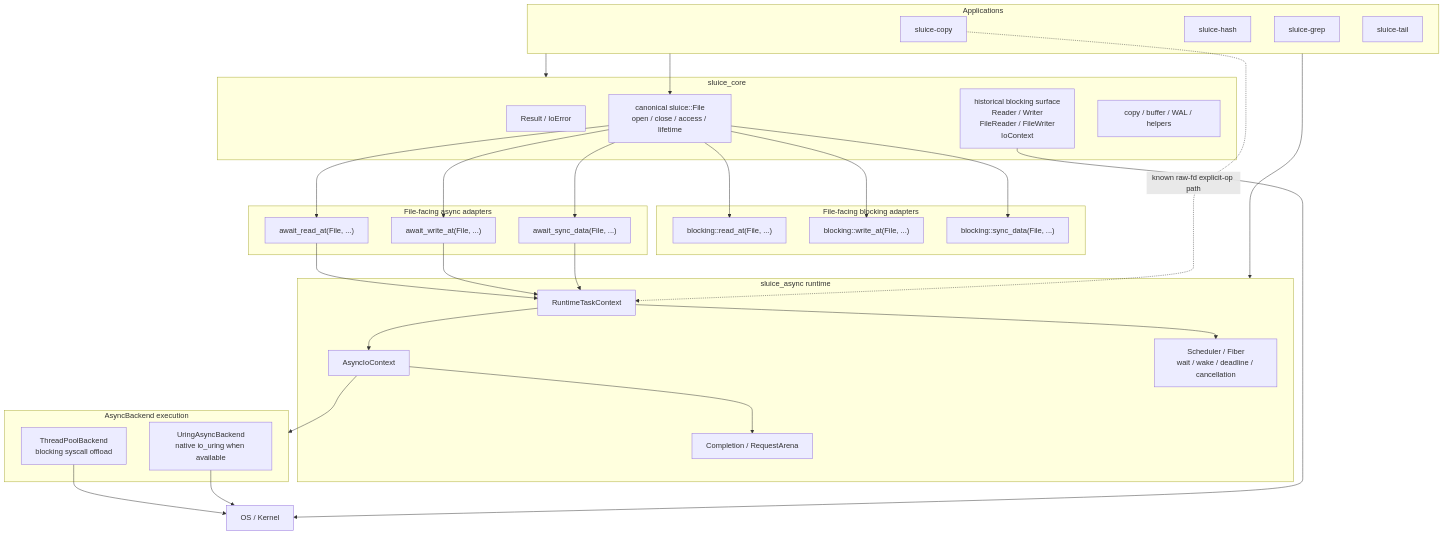
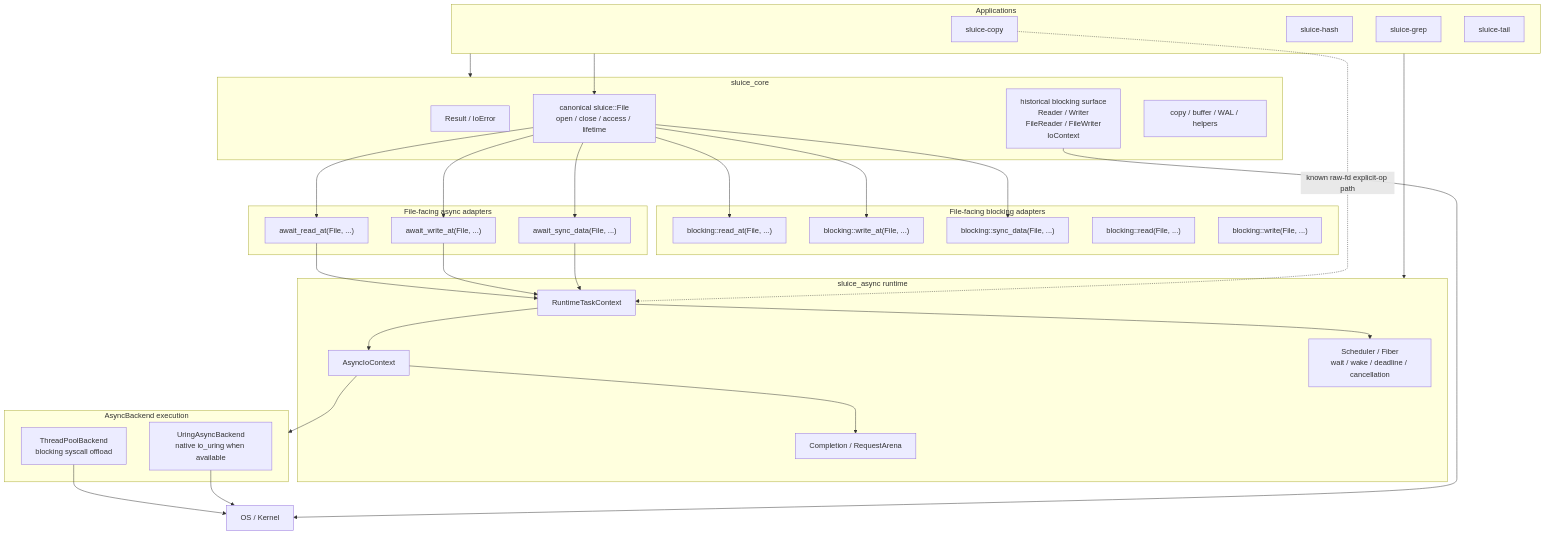
The diagram in docs/architecture.md (jnhu76/Sluice), drawn with Mermaid before and after one commit. The commit also changed other lines of this file and 4 other files, not shown here.

Commit message:
feat: add canonical sequential File operations read and write

````diff
--- a/docs/architecture.md
+++ b/docs/architecture.md
@@ -50,69 +50,71 @@
 ```mermaid
 flowchart TB
     subgraph APPS["Applications"]
         COPY["sluice-copy"]
         HASH["sluice-hash"]
         GREP["sluice-grep"]
         TAIL["sluice-tail"]
     end
 
     subgraph CORE["sluice_core"]
         RESULT["Result<T> / IoError"]
         FILE["canonical sluice::File<br/>open / close / access / lifetime"]
         LEGACY["historical blocking surface<br/>Reader / Writer<br/>FileReader / FileWriter<br/>IoContext"]
         COMPOSE["copy / buffer / WAL / helpers"]
     end
 
     subgraph BLOCK_API["File-facing blocking adapters"]
         BR["blocking::read_at(File, ...) "]
         BW["blocking::write_at(File, ...) "]
         BS["blocking::sync_data(File, ...) "]
+        BSR["blocking::read(File, ...) "]
+        BSW["blocking::write(File, ...) "]
     end
 
     subgraph ASYNC_API["File-facing async adapters"]
         AR["await_read_at(File, ...) "]
         AW["await_write_at(File, ...) "]
         AS["await_sync_data(File, ...) "]
     end
 
     subgraph RUNTIME["sluice_async runtime"]
         RTC["RuntimeTaskContext"]
         AIO["AsyncIoContext"]
         COMP["Completion<T> / RequestArena"]
         SCHED["Scheduler / Fiber<br/>wait / wake / deadline / cancellation"]
     end
 
     subgraph EXEC["AsyncBackend execution"]
         TP["ThreadPoolBackend<br/>blocking syscall offload"]
         UR["UringAsyncBackend<br/>native io_uring when available"]
     end
 
     OS["OS / Kernel"]
 
     APPS --> CORE
     APPS --> RUNTIME
     APPS --> FILE
 
     FILE --> BR
     FILE --> BW
     FILE --> BS
 
     FILE --> AR
     FILE --> AW
     FILE --> AS
 
     AR --> RTC
     AW --> RTC
     AS --> RTC
 
     RTC --> AIO
     AIO --> COMP
     RTC --> SCHED
     AIO --> EXEC
 
     TP --> OS
     UR --> OS
     LEGACY --> OS
 
     COPY -. "known raw-fd explicit-op path" .-> RTC
 ```
````
